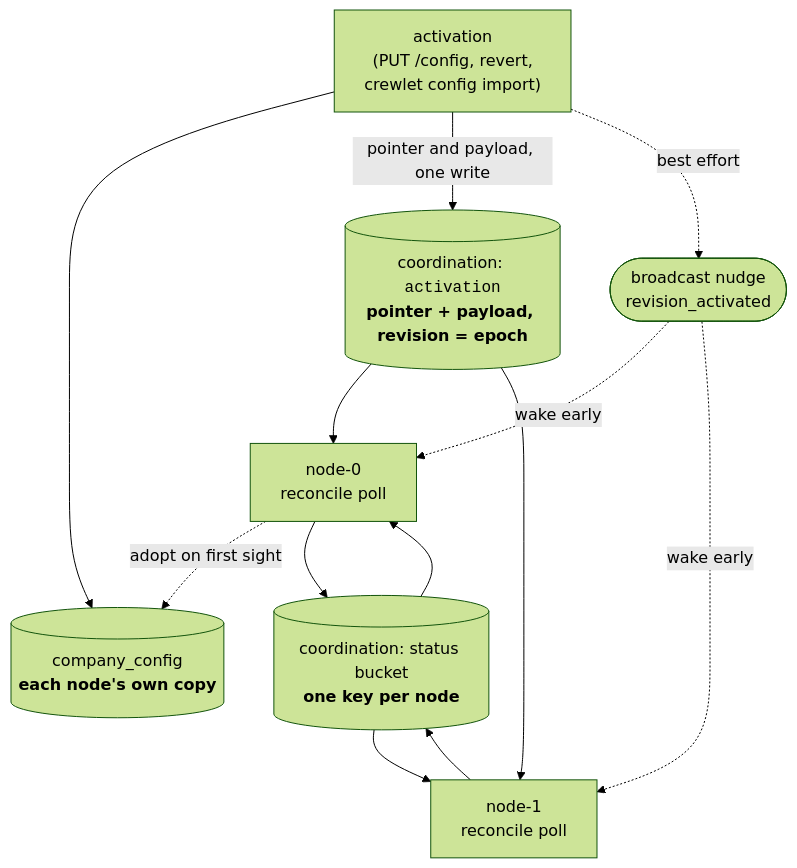
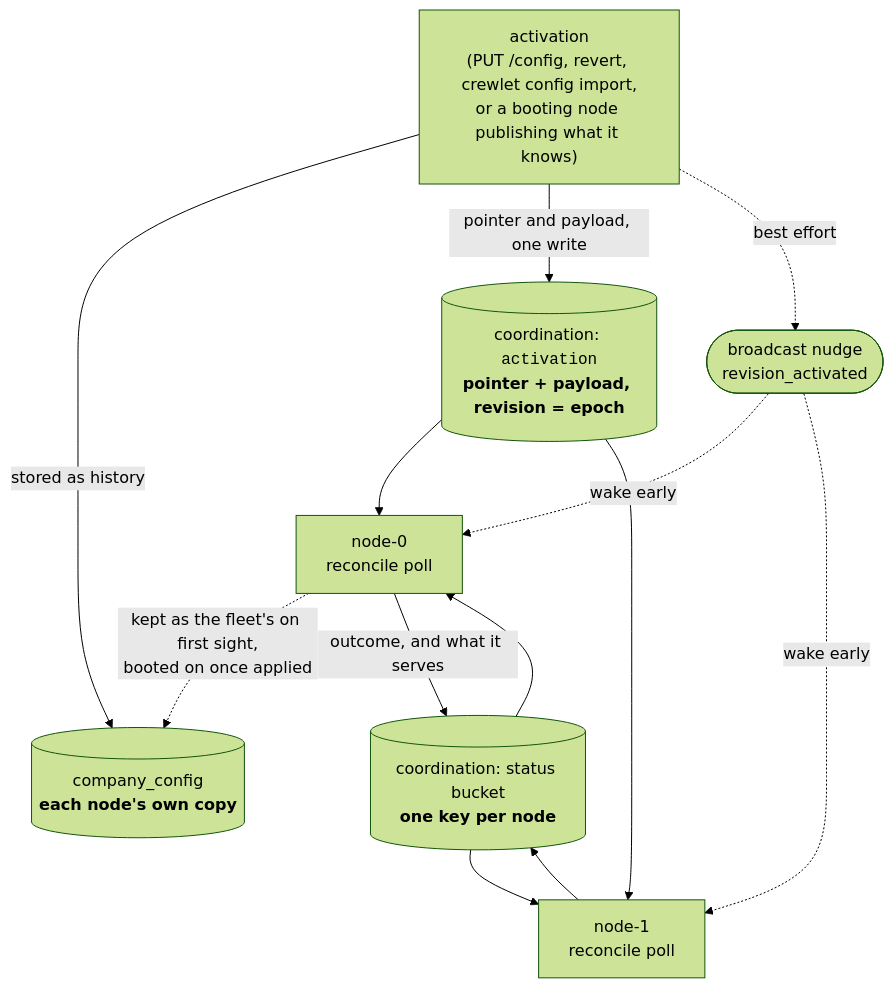
Before and after one commit to crewlet/crewlet: the first of 2 diagrams in docs/concepts/control-plane.md, drawn with Mermaid (forest theme). The commit also changed other lines of this file and 102 other files, not shown here.

````diff
--- a/docs/concepts/control-plane.md
+++ b/docs/concepts/control-plane.md
@@ -24,22 +24,22 @@
 ```mermaid
 flowchart TD
-    ACT["activation<br/>(PUT /config, revert,<br/>crewlet config import)"]
+    ACT["activation<br/>(PUT /config, revert, crewlet config import,<br/>or a booting node publishing what it knows)"]
     DB[("company_config<br/><b>each node's own copy</b>")]
     PTR[("coordination: <code>activation</code><br/><b>pointer + payload, revision = epoch</b>")]
     NUDGE(["broadcast nudge<br/>revision_activated"])
     N1["node-0<br/>reconcile poll"]
     N2["node-1<br/>reconcile poll"]
     STATUS[("coordination: status bucket<br/><b>one key per node</b>")]
-    ACT --> DB
+    ACT -->|stored as history| DB
     ACT -->|pointer and payload, one write| PTR
     ACT -.->|best effort| NUDGE
     NUDGE -.->|wake early| N1
     NUDGE -.->|wake early| N2
     PTR --> N1
     PTR --> N2
-    N1 -.->|adopt on first sight| DB
-    N1 --> STATUS
+    N1 -.->|"kept as the fleet's on first sight,<br/>booted on once applied"| DB
+    N1 -->|outcome, and what it serves| STATUS
     N2 --> STATUS
     STATUS --> N1
     STATUS --> N2
 ```
````
